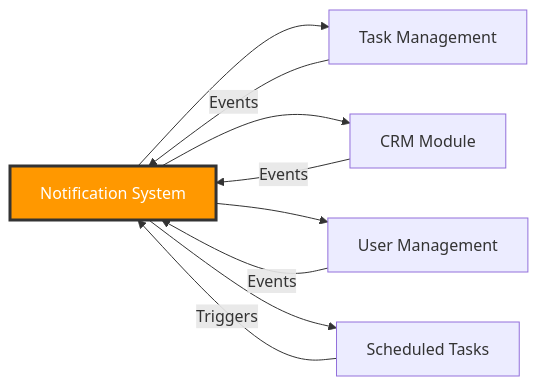
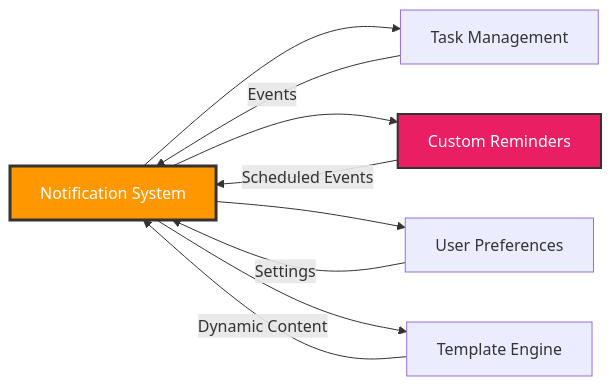
One commit to aminrey/MahERP changed the fifth of 5 diagrams in MahERP.DataModelLayer/Documentary/Diagrams/06-Notification-System-Diagram.md. Above: the diagram before and after it, drawn with Mermaid. The commit also changed other lines of this file and 9 other files, not shown here.

First line of the commit message:
Add custom reminders and enhance task notifications

````diff
--- a/MahERP.DataModelLayer/Documentary/Diagrams/06-Notification-System-Diagram.md
+++ b/MahERP.DataModelLayer/Documentary/Diagrams/06-Notification-System-Diagram.md
@@ -645,14 +869,15 @@
 ```mermaid
 graph LR
     Notification[Notification System] --> Task[Task Management]
-    Notification --> CRM[CRM Module]
-    Notification --> User[User Management]
-    Notification --> Schedule[Scheduled Tasks]
+    Notification --> Reminder[Custom Reminders]
+    Notification --> User[User Preferences]
+    Notification --> Template[Template Engine]
     
     Task -->|Events| Notification
-    CRM -->|Events| Notification
-    User -->|Events| Notification
-    Schedule -->|Triggers| Notification
+    Reminder -->|Scheduled Events| Notification
+    User -->|Settings| Notification
+    Template -->|Dynamic Content| Notification
     
     style Notification fill:#FF9800,stroke:#333,stroke-width:3px,color:#fff
+    style Reminder fill:#E91E63,stroke:#333,stroke-width:2px,color:#fff
 ```
````
